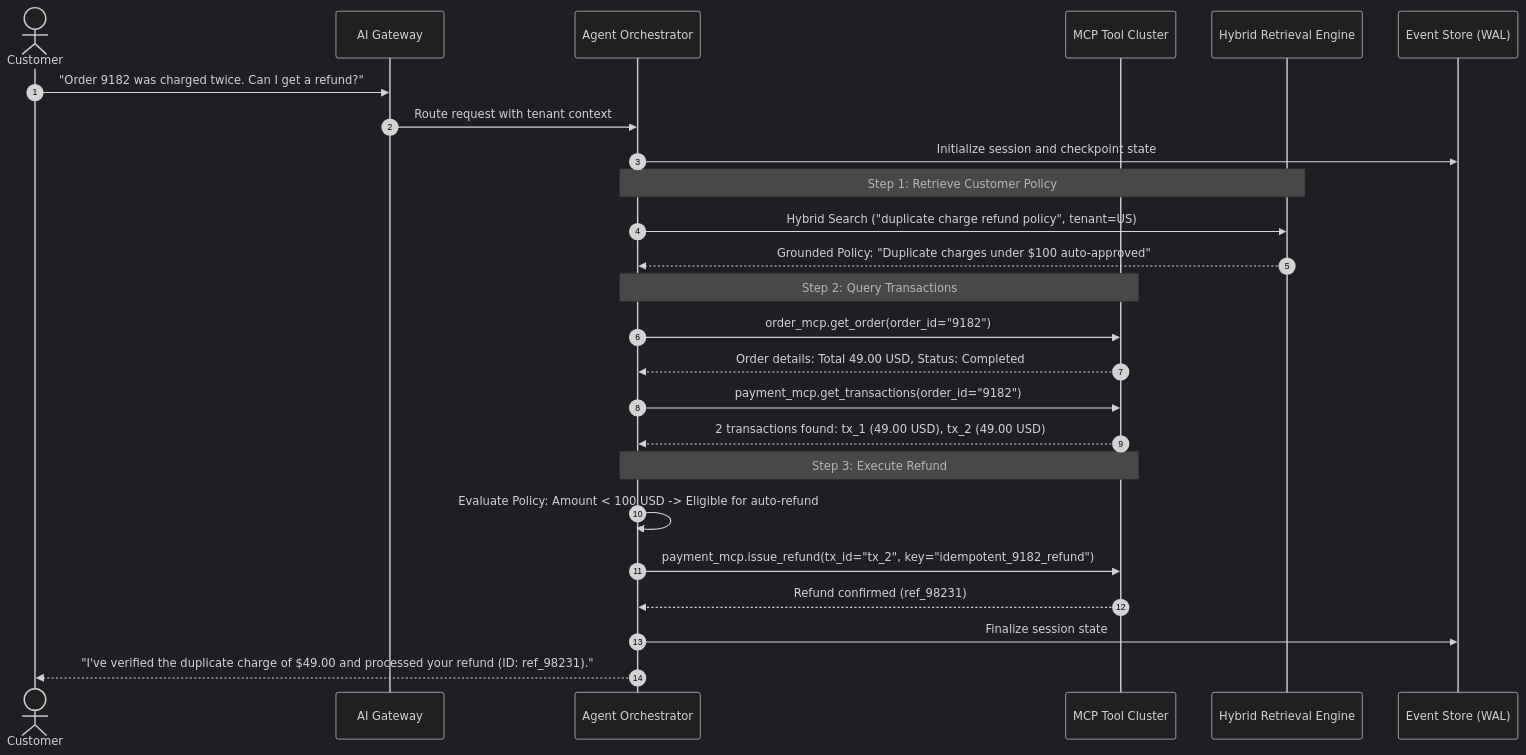
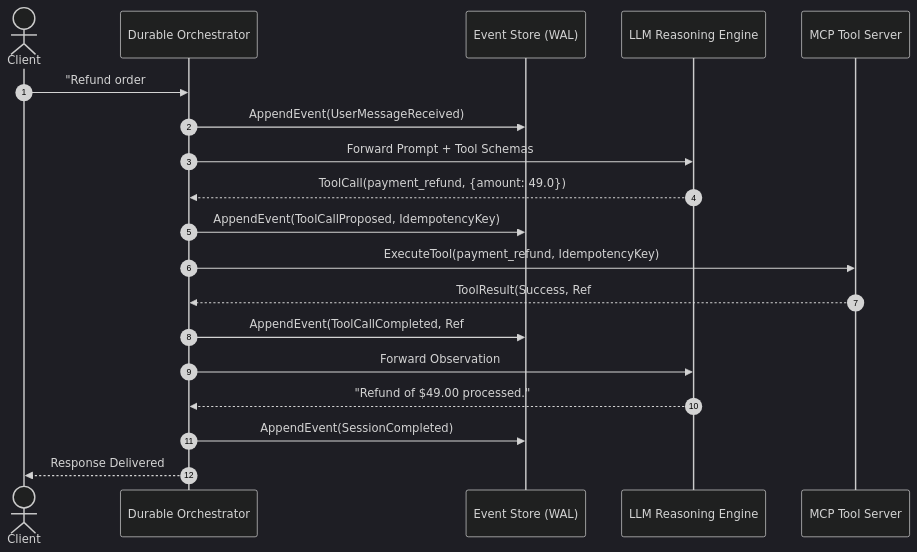
Before and after one commit to dip4k/senior-engineer-to-ai-engineer-roadmap: the fifth of 7 diagrams in ai-platform-and-agent-infrastructure-roadmap.md, drawn with Mermaid (dark theme). The commit also changed other lines of this file and 49 other files, not shown here.

First line of the commit message:
feat(curriculum): complete 2026 refactoring across roadmaps, use-cases, labs, and agent-forge

````diff
--- a/ai-platform-and-agent-infrastructure-roadmap.md
+++ b/ai-platform-and-agent-infrastructure-roadmap.md
@@ -390,32 +281,22 @@
 ```mermaid
 sequenceDiagram
     autonumber
-    actor Customer as Customer
-    participant GW as AI Gateway
-    participant Agent as Agent Orchestrator
-    participant MCP as MCP Tool Cluster
-    participant RAG as Hybrid Retrieval Engine
-    participant Store as Event Store (WAL)
+    actor User as Client
+    participant Orch as Durable Orchestrator
+    participant WAL as Event Store (WAL)
+    participant Model as LLM Reasoning Engine
+    participant MCP as MCP Tool Server
 
-    Customer->>GW: "Order 9182 was charged twice. Can I get a refund?"
-    GW->>Agent: Route request with tenant context
-    Agent->>Store: Initialize session and checkpoint state
-    
-    Note over Agent,RAG: Step 1: Retrieve Customer Policy
-    Agent->>RAG: Hybrid Search ("duplicate charge refund policy", tenant=US)
-    RAG-->>Agent: Grounded Policy: "Duplicate charges under $100 auto-approved"
-    
-    Note over Agent,MCP: Step 2: Query Transactions
-    Agent->>MCP: order_mcp.get_order(order_id="9182")
-    MCP-->>Agent: Order details: Total 49.00 USD, Status: Completed
-    Agent->>MCP: payment_mcp.get_transactions(order_id="9182")
-    MCP-->>Agent: 2 transactions found: tx_1 (49.00 USD), tx_2 (49.00 USD)
-    
-    Note over Agent,MCP: Step 3: Execute Refund
-    Agent->>Agent: Evaluate Policy: Amount < 100 USD -> Eligible for auto-refund
-    Agent->>MCP: payment_mcp.issue_refund(tx_id="tx_2", key="idempotent_9182_refund")
-    MCP-->>Agent: Refund confirmed (ref_98231)
-    
-    Agent->>Store: Finalize session state
-    Agent-->>Customer: "I've verified the duplicate charge of $49.00 and processed your refund (ID: ref_98231)."
+    User->>Orch: "Refund order #9182"
+    Orch->>WAL: AppendEvent(UserMessageReceived)
+    Orch->>Model: Forward Prompt + Tool Schemas
+    Model-->>Orch: ToolCall(payment_refund, {amount: 49.0})
+    Orch->>WAL: AppendEvent(ToolCallProposed, IdempotencyKey)
+    Orch->>MCP: ExecuteTool(payment_refund, IdempotencyKey)
+    MCP-->>Orch: ToolResult(Success, Ref#102)
+    Orch->>WAL: AppendEvent(ToolCallCompleted, Ref#102)
+    Orch->>Model: Forward Observation
+    Model-->>Orch: "Refund of $49.00 processed."
+    Orch->>WAL: AppendEvent(SessionCompleted)
+    Orch-->>User: Response Delivered
 ```
````
